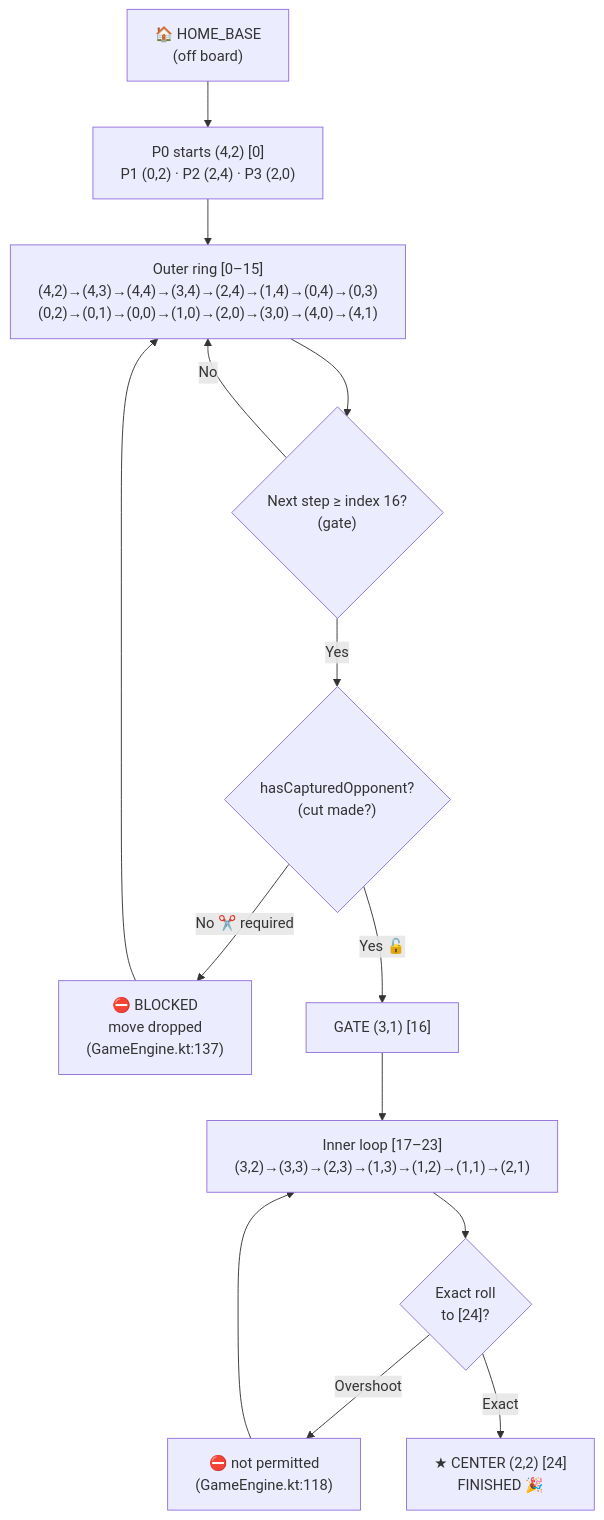
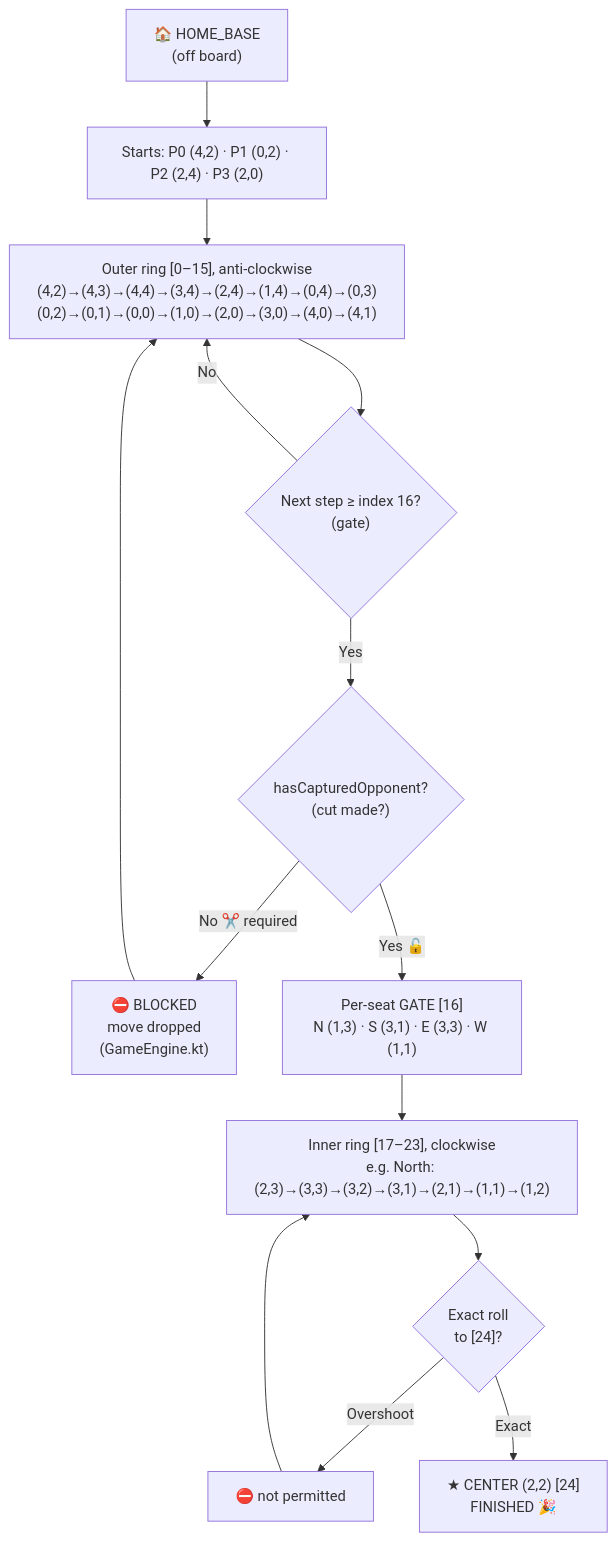
The first of 2 diagrams in CHOWKA_BARA_RULES_DOCUMENTATION.md (ravi-sandesh/cb), drawn with Mermaid before and after one commit. The commit also changed other lines of this file and 26 other files, not shown here.

First line of the commit message:
feat(rules): per-seat inner tracks, tollu/toughened Gatti, blockade, capture-one

````diff
--- a/CHOWKA_BARA_RULES_DOCUMENTATION.md
+++ b/CHOWKA_BARA_RULES_DOCUMENTATION.md
@@ -194,16 +198,16 @@
 ```mermaid
 flowchart TD
-    A["🏠 HOME_BASE<br/>(off board)"] --> B["P0 starts (4,2) [0]<br/>P1 (0,2) · P2 (2,4) · P3 (2,0)"]
-    B --> C["Outer ring [0–15]<br/>(4,2)→(4,3)→(4,4)→(3,4)→(2,4)→(1,4)→(0,4)→(0,3)<br/>(0,2)→(0,1)→(0,0)→(1,0)→(2,0)→(3,0)→(4,0)→(4,1)"]
+    A["🏠 HOME_BASE<br/>(off board)"] --> B["Starts: P0 (4,2) · P1 (0,2) · P2 (2,4) · P3 (2,0)"]
+    B --> C["Outer ring [0–15], anti-clockwise<br/>(4,2)→(4,3)→(4,4)→(3,4)→(2,4)→(1,4)→(0,4)→(0,3)<br/>(0,2)→(0,1)→(0,0)→(1,0)→(2,0)→(3,0)→(4,0)→(4,1)"]
     C --> D{"Next step ≥ index 16?<br/>(gate)"}
     D -- "No" --> C
     D -- "Yes" --> E{"hasCapturedOpponent?<br/>(cut made?)"}
-    E -- "No ✂️ required" --> F["⛔ BLOCKED<br/>move dropped<br/>(GameEngine.kt:137)"]
+    E -- "No ✂️ required" --> F["⛔ BLOCKED<br/>move dropped<br/>(GameEngine.kt)"]
     F --> C
-    E -- "Yes 🔓" --> G["GATE (3,1) [16]"]
-    G --> H["Inner loop [17–23]<br/>(3,2)→(3,3)→(2,3)→(1,3)→(1,2)→(1,1)→(2,1)"]
+    E -- "Yes 🔓" --> G["Per-seat GATE [16]<br/>N (1,3) · S (3,1) · E (3,3) · W (1,1)"]
+    G --> H["Inner ring [17–23], clockwise<br/>e.g. North: (2,3)→(3,3)→(3,2)→(3,1)→(2,1)→(1,1)→(1,2)"]
     H --> I{"Exact roll<br/>to [24]?"}
-    I -- "Overshoot" --> J["⛔ not permitted<br/>(GameEngine.kt:118)"]
+    I -- "Overshoot" --> J["⛔ not permitted"]
     J --> H
     I -- "Exact" --> K["★ CENTER (2,2) [24]<br/>FINISHED 🎉"]
 ```
````
